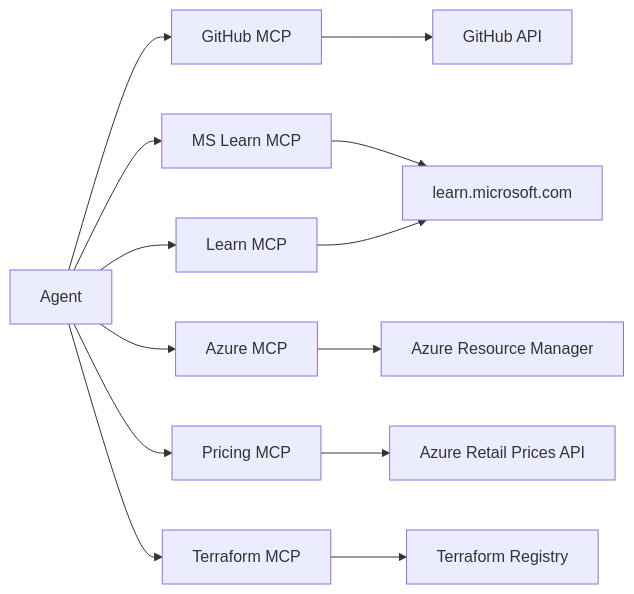
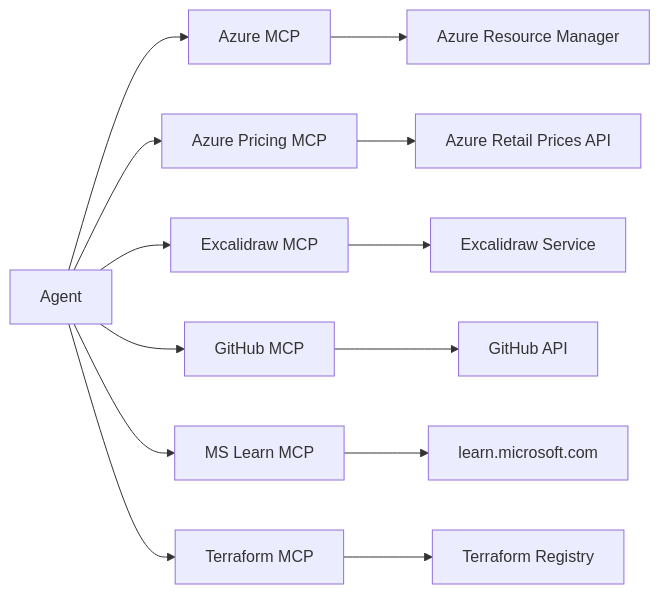
Before and after one commit to jonathan-vella/apex: the diagram in site/src/content/docs/concepts/how-it-works/mcp-integration.md, drawn with Mermaid. The commit also changed other lines of this file and 935 other files, not shown here.

Commit message:
feat(diagrams): migrate drawio workflow to excalidraw

````diff
--- a/site/src/content/docs/concepts/how-it-works/mcp-integration.md
+++ b/site/src/content/docs/concepts/how-it-works/mcp-integration.md
@@ -20,18 +23,16 @@
 ```mermaid
 flowchart LR
 
-
-
-    A["Agent"]:::agent --> M1["GitHub MCP"]:::mcp
-    A --> M2["MS Learn MCP"]:::mcp
-    A --> M3["Azure MCP"]:::mcp
-    A --> M4["Pricing MCP"]:::mcp
-    A --> M5["Terraform MCP"]:::mcp
-    A --> M6["Learn MCP"]:::mcp
-    M1 --> G["GitHub API"]
-    M2 --> L["Microsoft Learn API"]
-    M3 --> AZ["Azure Resource Manager"]
-    M4 --> P["Azure Retail Prices API"]
-    M5 --> T["Terraform Registry"]
-    M6 --> L["learn.microsoft.com"]
+  A["Agent"]:::agent --> M1["Azure MCP"]:::mcp
+  A --> M2["Azure Pricing MCP"]:::mcp
+  A --> M3["Excalidraw MCP"]:::mcp
+  A --> M4["GitHub MCP"]:::mcp
+  A --> M5["MS Learn MCP"]:::mcp
+  A --> M6["Terraform MCP"]:::mcp
+  M1 --> AZ["Azure Resource Manager"]
+  M2 --> P["Azure Retail Prices API"]
+  M3 --> E["Excalidraw Service"]
+  M4 --> G["GitHub API"]
+  M5 --> L["learn.microsoft.com"]
+  M6 --> T["Terraform Registry"]
 ```
````
